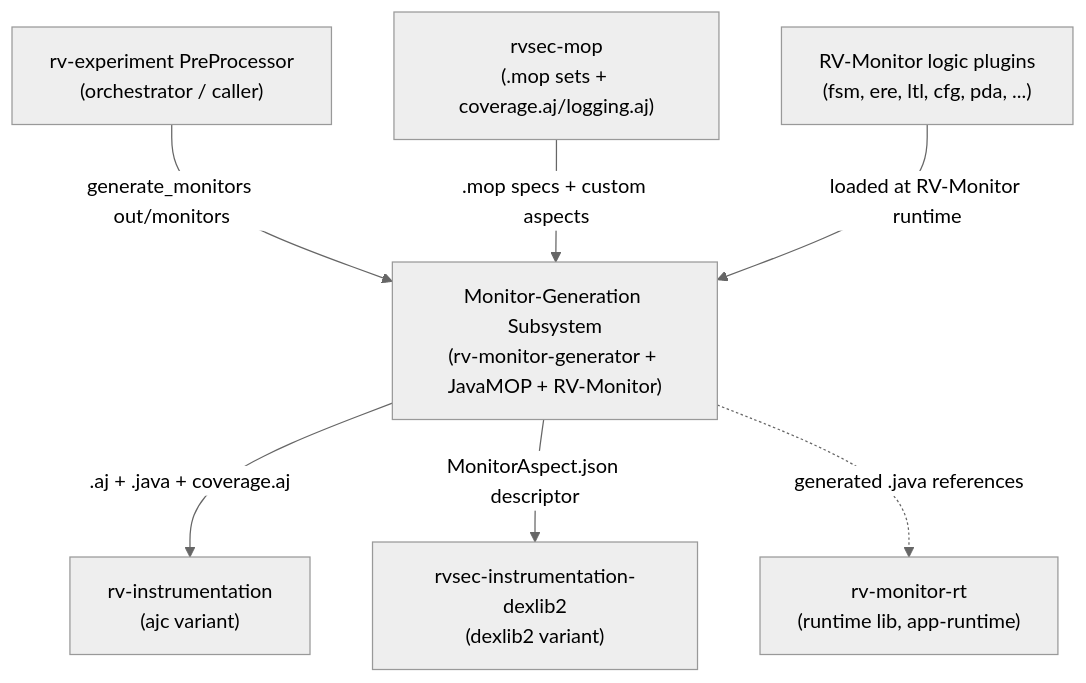
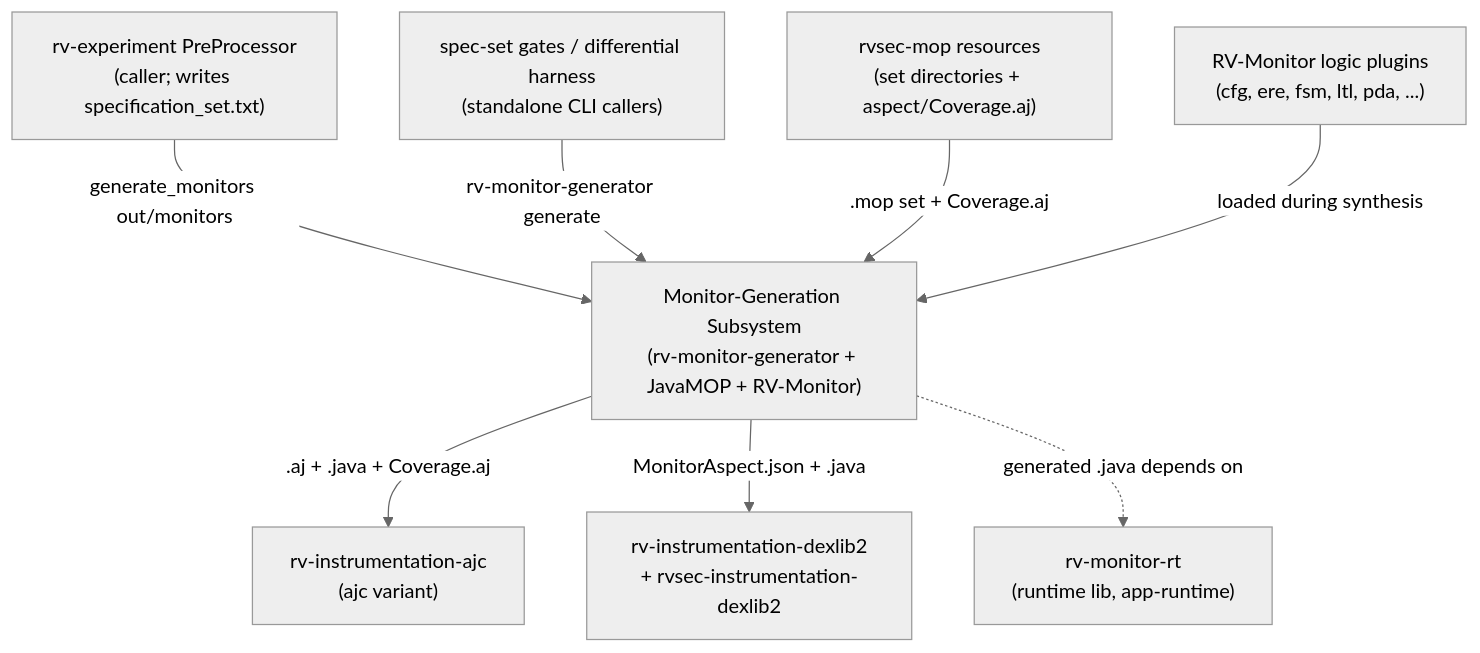
One commit to PAMunb/rvsec changed the first of 4 diagrams in rv-android/docs/architecture/monitor-generation.md. Above: the diagram before and after it, drawn with Mermaid. The commit also changed other lines of this file and 7 other files, not shown here.

````diff
--- a/rv-android/docs/architecture/monitor-generation.md
+++ b/rv-android/docs/architecture/monitor-generation.md
@@ -123,18 +139,20 @@
 ```mermaid
 %%{init: {'theme': 'neutral'}}%%
 flowchart TB
-    preproc["rv-experiment PreProcessor<br/>(orchestrator / caller)"]
-    mopsrc["rvsec-mop<br/>(.mop sets + coverage.aj/logging.aj)"]
+    preproc["rv-experiment PreProcessor<br/>(caller; writes specification_set.txt)"]
+    gates["spec-set gates / differential harness<br/>(standalone CLI callers)"]
+    mopsrc["rvsec-mop resources<br/>(set directories + aspect/Coverage.aj)"]
     subsys["Monitor-Generation Subsystem<br/>(rv-monitor-generator + JavaMOP + RV-Monitor)"]
-    plugins["RV-Monitor logic plugins<br/>(fsm, ere, ltl, cfg, pda, ...)"]
-    ajc["rv-instrumentation<br/>(ajc variant)"]
-    dexlib2["rvsec-instrumentation-dexlib2<br/>(dexlib2 variant)"]
+    plugins["RV-Monitor logic plugins<br/>(cfg, ere, fsm, ltl, pda, ...)"]
+    ajc["rv-instrumentation-ajc<br/>(ajc variant)"]
+    dexlib2["rv-instrumentation-dexlib2<br/>+ rvsec-instrumentation-dexlib2"]
     rt["rv-monitor-rt<br/>(runtime lib, app-runtime)"]
 
     preproc -->|generate_monitors out/monitors| subsys
-    mopsrc -->|.mop specs + custom aspects| subsys
-    plugins -->|loaded at RV-Monitor runtime| subsys
-    subsys -->|.aj + .java + coverage.aj| ajc
-    subsys -->|MonitorAspect.json descriptor| dexlib2
-    subsys -.->|generated .java references| rt
+    gates -->|rv-monitor-generator generate| subsys
+    mopsrc -->|.mop set + Coverage.aj| subsys
+    plugins -->|loaded during synthesis| subsys
+    subsys -->|.aj + .java + Coverage.aj| ajc
+    subsys -->|MonitorAspect.json + .java| dexlib2
+    subsys -.->|generated .java depends on| rt
 ```
````
